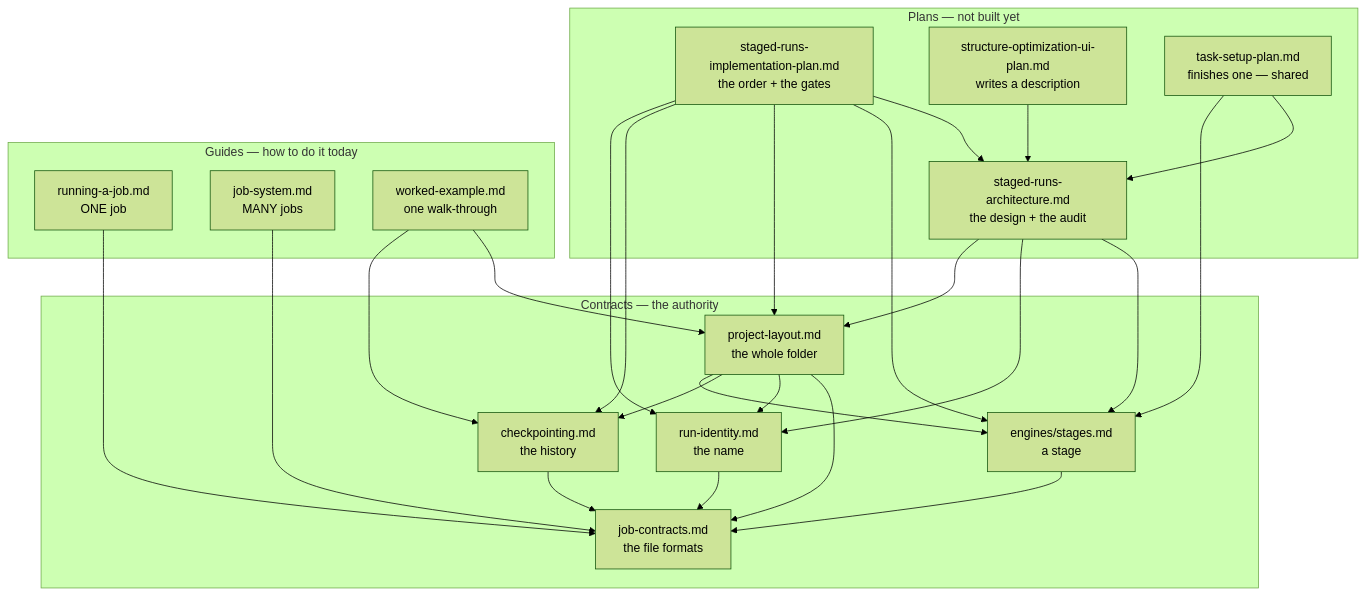
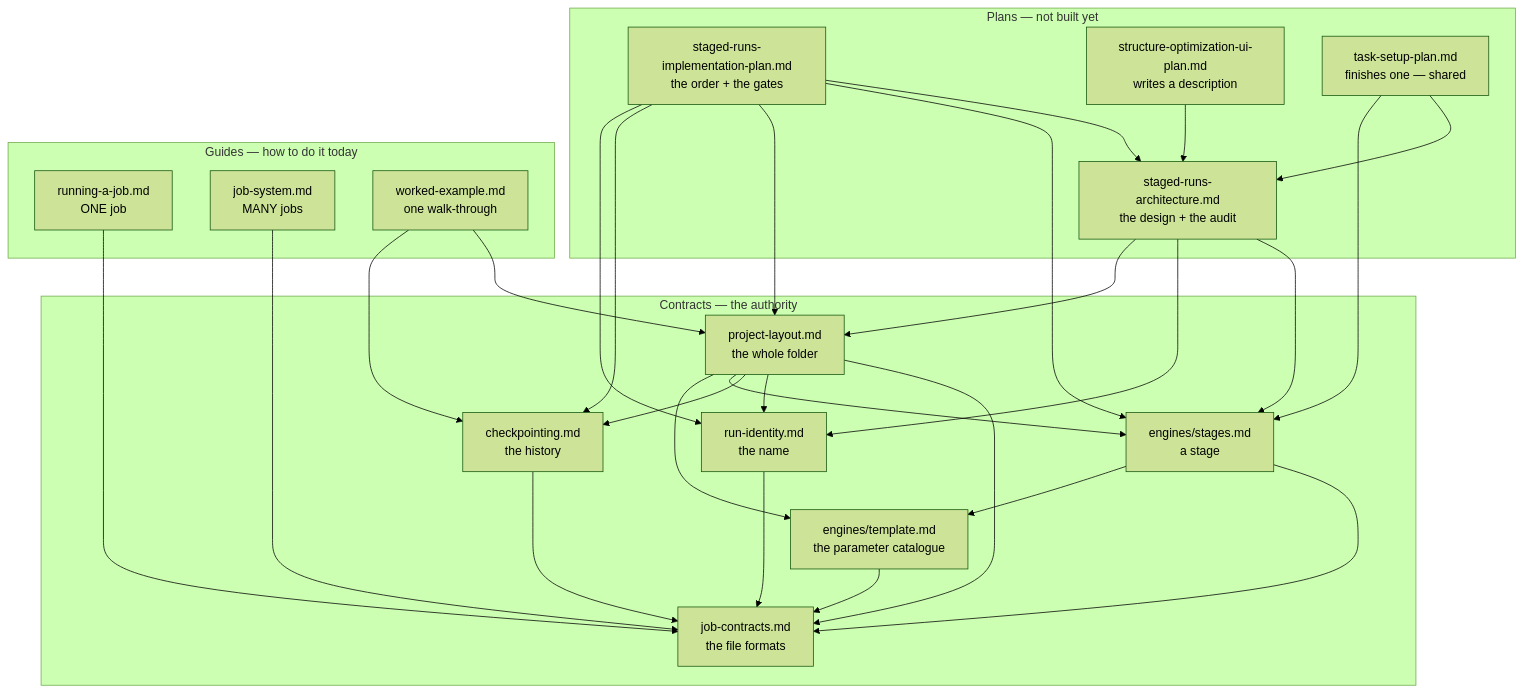
The first of 2 diagrams in docs/execution/overview.md (Qing-LAB/molbuilder), drawn with Mermaid (forest theme) before and after one commit. The commit also changed 10 other files, not shown here.

````diff
--- a/docs/execution/overview.md
+++ b/docs/execution/overview.md
@@ -72,32 +72,34 @@
 ```mermaid
 flowchart TB
     subgraph plans["Plans — not built yet"]
       IMP["staged-runs-implementation-plan.md<br/>the order + the gates"]
       SRA["staged-runs-architecture.md<br/>the design + the audit"]
       UIP["structure-optimization-ui-plan.md<br/>writes a description"]
       TSP["task-setup-plan.md<br/>finishes one — shared"]
     end
     subgraph guides["Guides — how to do it today"]
       RAJ["running-a-job.md<br/>ONE job"]
       JS["job-system.md<br/>MANY jobs"]
       WE["worked-example.md<br/>one walk-through"]
     end
     subgraph contracts["Contracts — the authority"]
       PL["project-layout.md<br/>the whole folder"]
       CP["checkpointing.md<br/>the history"]
       RI["run-identity.md<br/>the name"]
       ST["engines/stages.md<br/>a stage"]
+      TPL["engines/template.md<br/>the parameter catalogue"]
       JC["job-contracts.md<br/>the file formats"]
     end
     UIP --> SRA
     TSP --> SRA & ST
     IMP --> SRA & ST & PL & CP & RI
     SRA --> ST & RI & PL
     WE --> PL & CP
     JS --> JC
     RAJ --> JC
-    PL --> JC & RI & CP & ST
+    PL --> JC & RI & CP & ST & TPL
     CP --> JC
     RI --> JC
-    ST --> JC
+    ST --> JC & TPL
+    TPL --> JC
 ```
````
